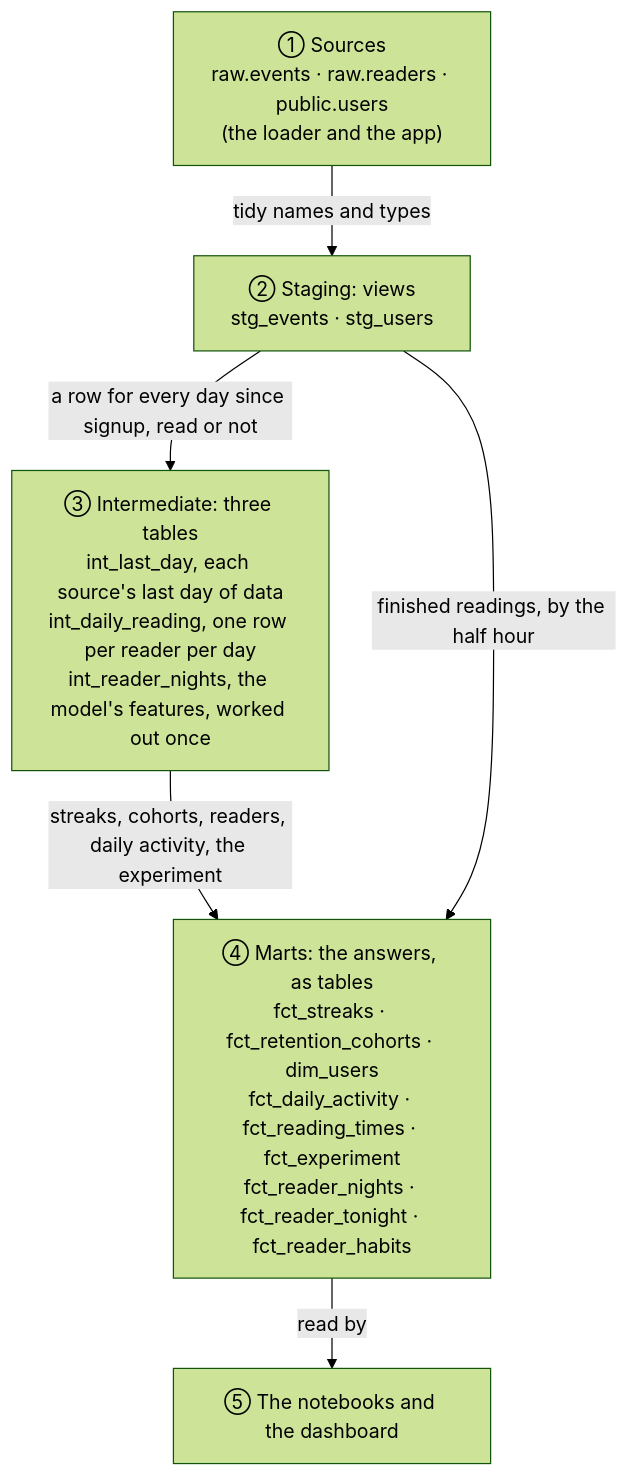
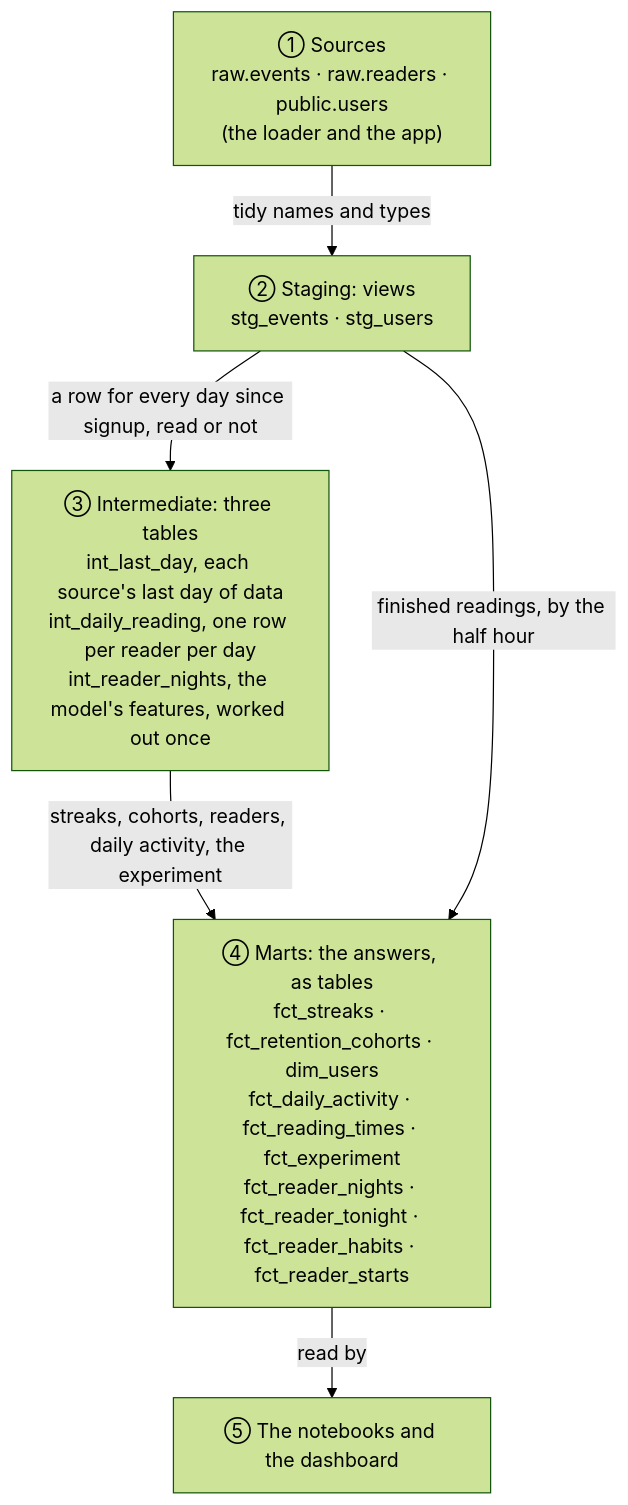
Before and after one commit to OGobidike/Morning-Manna: the diagram in analytics/README.md, drawn with Mermaid (forest theme). The commit also changed other lines of this file and 16 other files, not shown here.

````diff
--- a/analytics/README.md
+++ b/analytics/README.md
@@ -71,13 +71,13 @@
 ```mermaid
 flowchart TD
     S["① Sources<br/>raw.events · raw.readers · public.users<br/>(the loader and the app)"]
     G["② Staging: views<br/>stg_events · stg_users"]
     I["③ Intermediate: three tables<br/>int_last_day, each source's last day of data<br/>int_daily_reading, one row per reader per day<br/>int_reader_nights, the model's features, worked out once"]
-    M["④ Marts: the answers, as tables<br/>fct_streaks · fct_retention_cohorts · dim_users<br/>fct_daily_activity · fct_reading_times · fct_experiment<br/>fct_reader_nights · fct_reader_tonight · fct_reader_habits"]
+    M["④ Marts: the answers, as tables<br/>fct_streaks · fct_retention_cohorts · dim_users<br/>fct_daily_activity · fct_reading_times · fct_experiment<br/>fct_reader_nights · fct_reader_tonight · fct_reader_habits · fct_reader_starts"]
     D["⑤ The notebooks and the dashboard"]
     S -->|tidy names and types| G
     G -->|a row for every day since signup, read or not| I
     I -->|streaks, cohorts, readers, daily activity, the experiment| M
     G -->|finished readings, by the half hour| M
     M -->|read by| D
 ```
````
